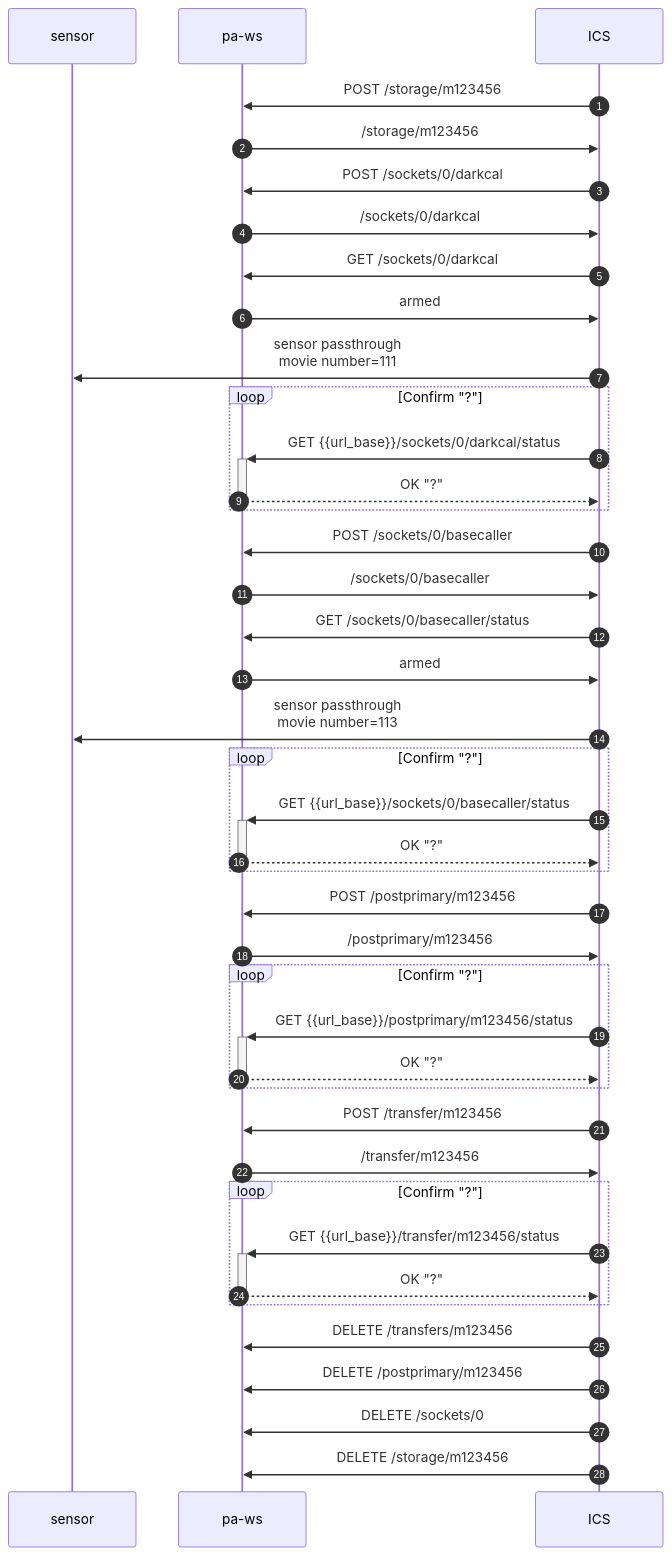
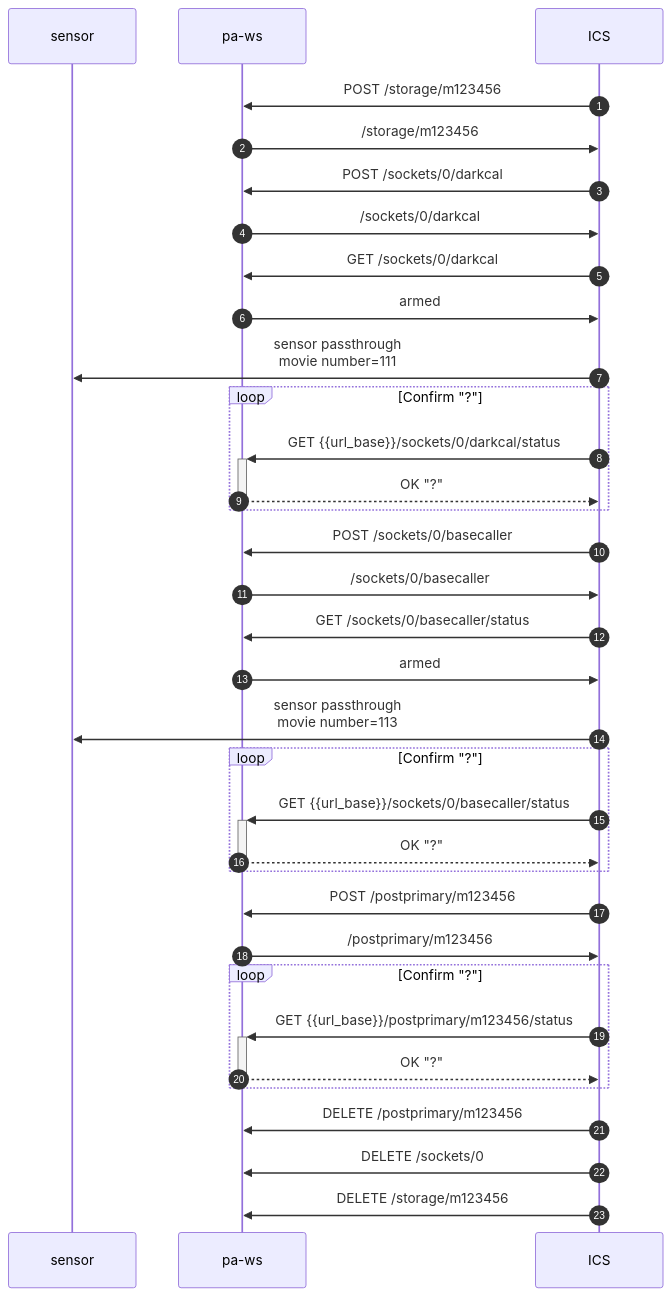
Before and after one commit to cdunn2001/hw: the fourth of 6 diagrams in doc/kes-paws-rest-api.md, drawn with Mermaid. The commit also changed other lines of this file and 20 other files, not shown here.

````diff
--- a/doc/kes-paws-rest-api.md
+++ b/doc/kes-paws-rest-api.md
@@ -305,58 +325,49 @@
 ```mermaid
 sequenceDiagram
     autonumber
     participant A as sensor
     participant B as pa-ws
     participant C as ICS
 
     C->>B: POST /storage/m123456
     B->>C: /storage/m123456
 
     C->>B: POST /sockets/0/darkcal
     B->>C: /sockets/0/darkcal
 
     C->>B: GET /sockets/0/darkcal
     B->>C: armed
 
     C->>A: sensor passthrough<br/>movie number=111
 
     loop Confirm "?"
       C->>+B: GET {{url_base}}/sockets/0/darkcal/status
       B-->>-C: OK "?"
     end  
 
 
     C->>B: POST /sockets/0/basecaller
     B->>C: /sockets/0/basecaller
 
     C->>B: GET /sockets/0/basecaller/status
     B->>C: armed
 
     C->>A: sensor passthrough<br/>movie number=113
 
     loop Confirm "?"
       C->>+B: GET {{url_base}}/sockets/0/basecaller/status
       B-->>-C: OK "?"
     end  
 
     C->>B: POST /postprimary/m123456
     B->>C: /postprimary/m123456
 
     loop Confirm "?"
       C->>+B: GET {{url_base}}/postprimary/m123456/status
       B-->>-C: OK "?"
     end  
 
-    C->>B: POST /transfer/m123456
-    B->>C: /transfer/m123456
-
-    loop Confirm "?"
-      C->>+B: GET {{url_base}}/transfer/m123456/status
-      B-->>-C: OK "?"
-    end  
-
-    C->> B: DELETE /transfers/m123456
     C->> B: DELETE /postprimary/m123456
     C->> B: DELETE /sockets/0
     C->> B: DELETE /storage/m123456
 ```
````
